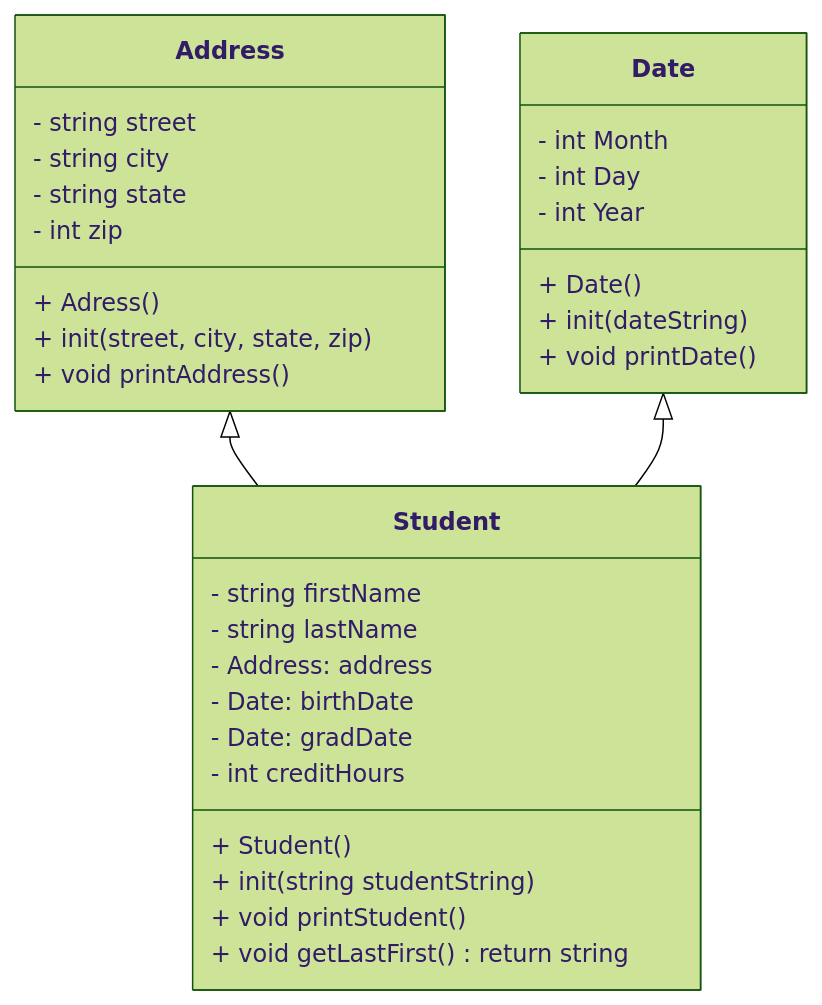
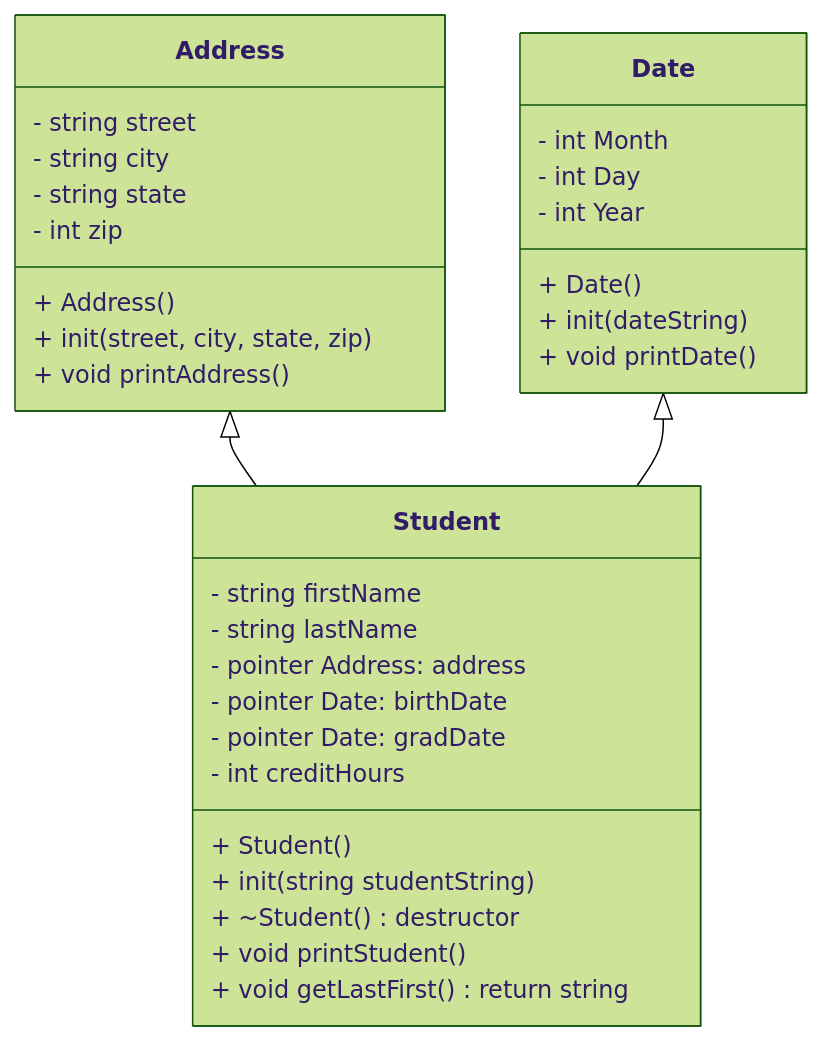
The diagram in README.md (janblocker2003/HeapOfStudentsP1), drawn with Mermaid (forest theme) before and after one commit.

Commit message:
Changed the mermaid

````diff
--- a/README.md
+++ b/README.md
@@ -5,38 +5,39 @@
 ```mermaid
 classDiagram
 direction TB
     class Address {
 	    - string street
 	    - string city
 	    - string state
 	    - int zip
-	    + Adress()
+	    + Address()
 	    + init(street, city, state, zip)
 	    + void printAddress()
     }
 
     class Date {
 	    - int Month
         - int Day
 	    - int Year
 	    + Date()
 	    + init(dateString)
 	    + void printDate()
     }
 
     class Student {
 	    - string firstName
 	    - string lastName
-        - Address: address
-	    - Date: birthDate
-	    - Date: gradDate
+        - pointer Address: address
+	    - pointer Date: birthDate
+	    - pointer Date: gradDate
 	    - int creditHours
 	    + Student()
 	    + init(string studentString)
+		+ ~Student() destructor
 	    + void printStudent()
 	    + void getLastFirst() return string
     }
 
     Address <|-- Student
     Date <|-- Student
 ```
````
